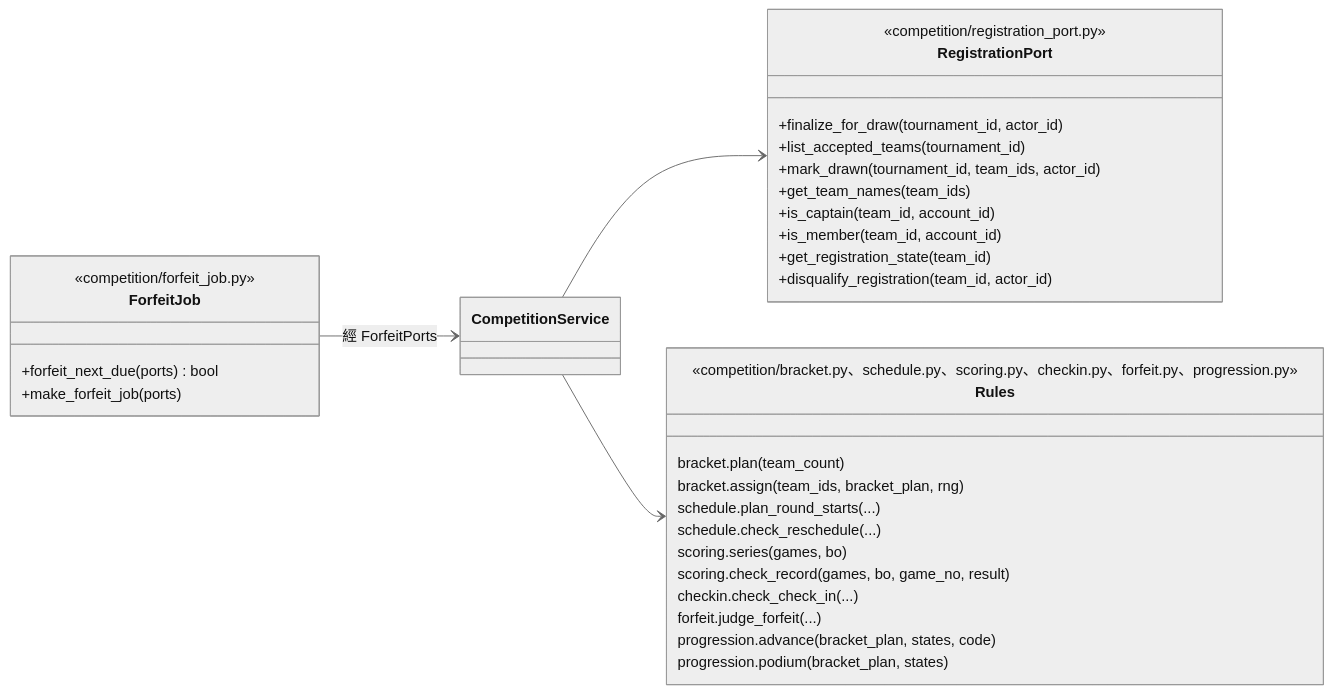
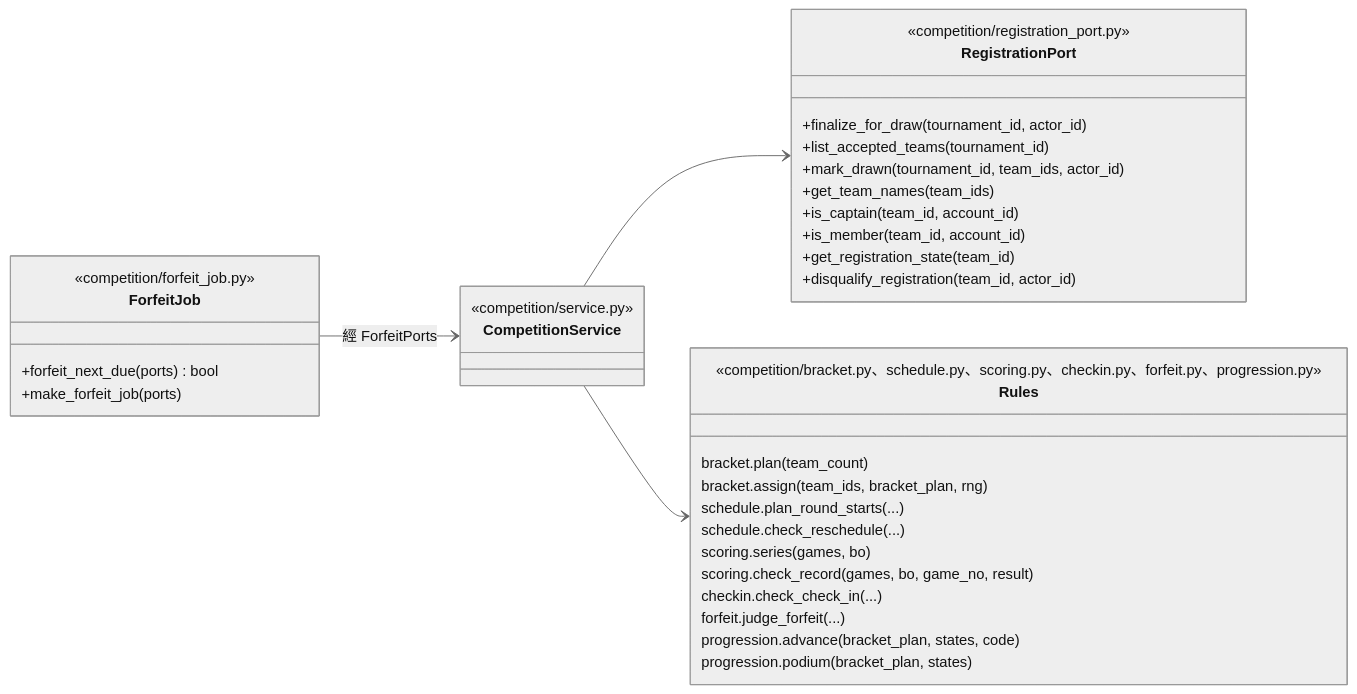
One commit to Team14good/esport-platform changed diagram 12 of 15 in docs/midterm/D-物件設計文件.md. Above: the diagram before and after it, drawn with Mermaid (neutral theme). The commit also changed other lines of this file and 23 other files, not shown here.

First line of the commit message:
docs: 依 PR #92 審查修正 B、C、D 的圖與程式標註

````diff
--- a/docs/midterm/D-物件設計文件.md
+++ b/docs/midterm/D-物件設計文件.md
@@ -634,37 +641,39 @@
 ```mermaid
 classDiagram
   direction LR
-  class CompetitionService
+  class CompetitionService {
+    <<competition/service.py>>
+  }
   class ForfeitJob {
     <<competition/forfeit_job.py>>
     +forfeit_next_due(ports) bool
     +make_forfeit_job(ports)
   }
   class RegistrationPort {
     <<competition/registration_port.py>>
     +finalize_for_draw(tournament_id, actor_id)
     +list_accepted_teams(tournament_id)
     +mark_drawn(tournament_id, team_ids, actor_id)
     +get_team_names(team_ids)
     +is_captain(team_id, account_id)
     +is_member(team_id, account_id)
     +get_registration_state(team_id)
     +disqualify_registration(team_id, actor_id)
   }
   class Rules {
     <<competition/bracket.py、schedule.py、scoring.py、checkin.py、forfeit.py、progression.py>>
     bracket.plan(team_count)
     bracket.assign(team_ids, bracket_plan, rng)
     schedule.plan_round_starts(...)
     schedule.check_reschedule(...)
     scoring.series(games, bo)
     scoring.check_record(games, bo, game_no, result)
     checkin.check_check_in(...)
     forfeit.judge_forfeit(...)
     progression.advance(bracket_plan, states, code)
     progression.podium(bracket_plan, states)
   }
   ForfeitJob --> CompetitionService : 經 ForfeitPorts
   CompetitionService --> RegistrationPort
   CompetitionService --> Rules
 ```
````
